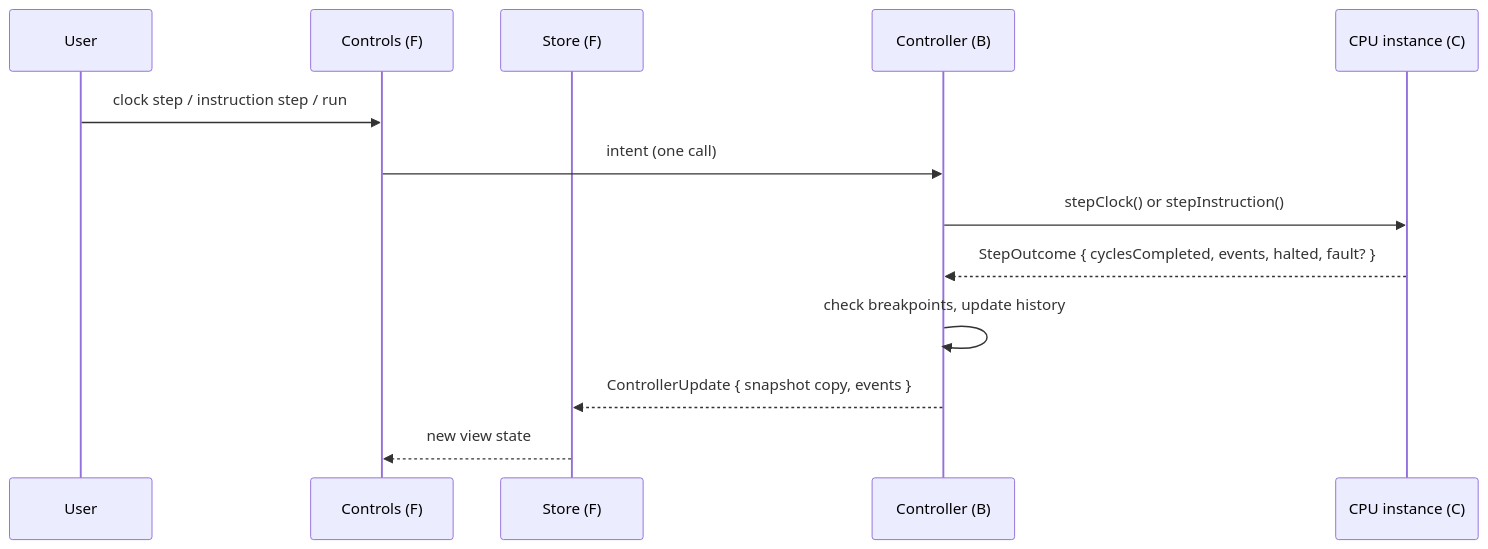
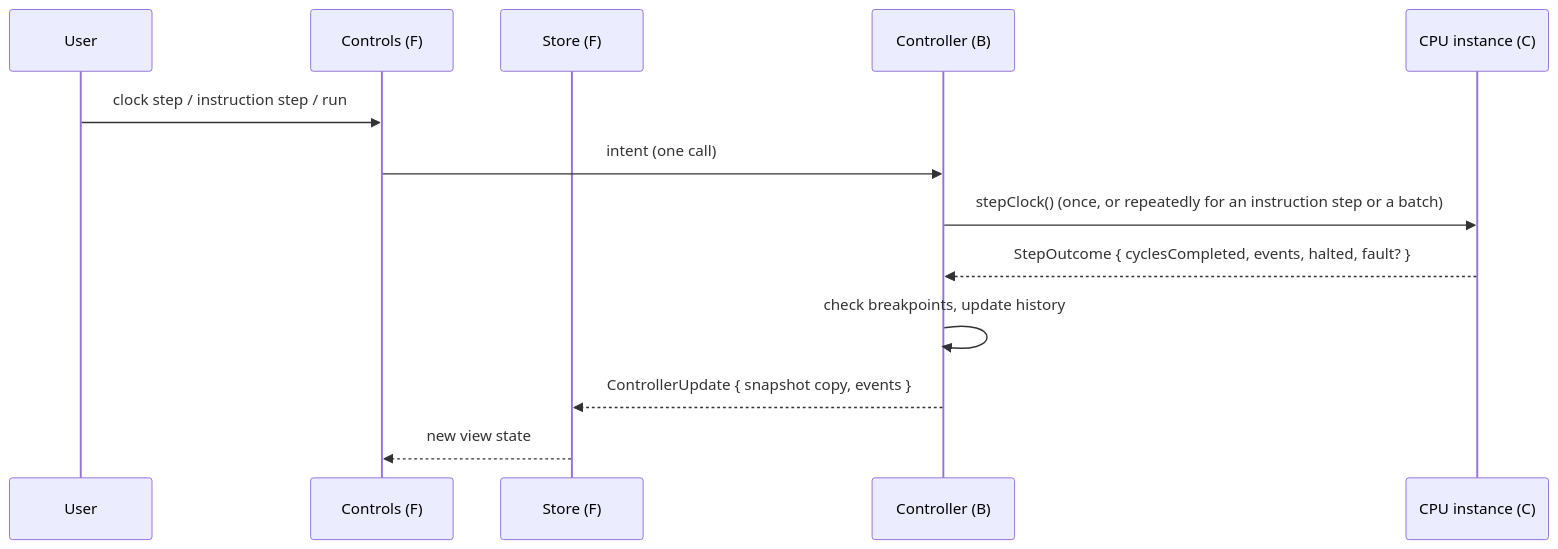
One commit to Browniesauce/BITSHIFT-CPU-Simulator changed the fourth of 6 diagrams in docs/architecture/SYSTEM_ARCHITECTURE.md. Above: the diagram before and after it, drawn with Mermaid. The commit also changed 20 other files, not shown here.

````diff
--- a/docs/architecture/SYSTEM_ARCHITECTURE.md
+++ b/docs/architecture/SYSTEM_ARCHITECTURE.md
@@ -172,15 +172,15 @@
 ```mermaid
 sequenceDiagram
   participant U as User
   participant F as Controls (F)
   participant S as Store (F)
   participant C as Controller (B)
   participant I as CPU instance (C)
   U->>F: clock step / instruction step / run
   F->>C: intent (one call)
-  C->>I: stepClock() or stepInstruction()
+  C->>I: stepClock() (once, or repeatedly for an instruction step or a batch)
   I-->>C: StepOutcome { cyclesCompleted, events, halted, fault? }
   C->>C: check breakpoints, update history
   C-->>S: ControllerUpdate { snapshot copy, events }
   S-->>F: new view state
 ```
````
